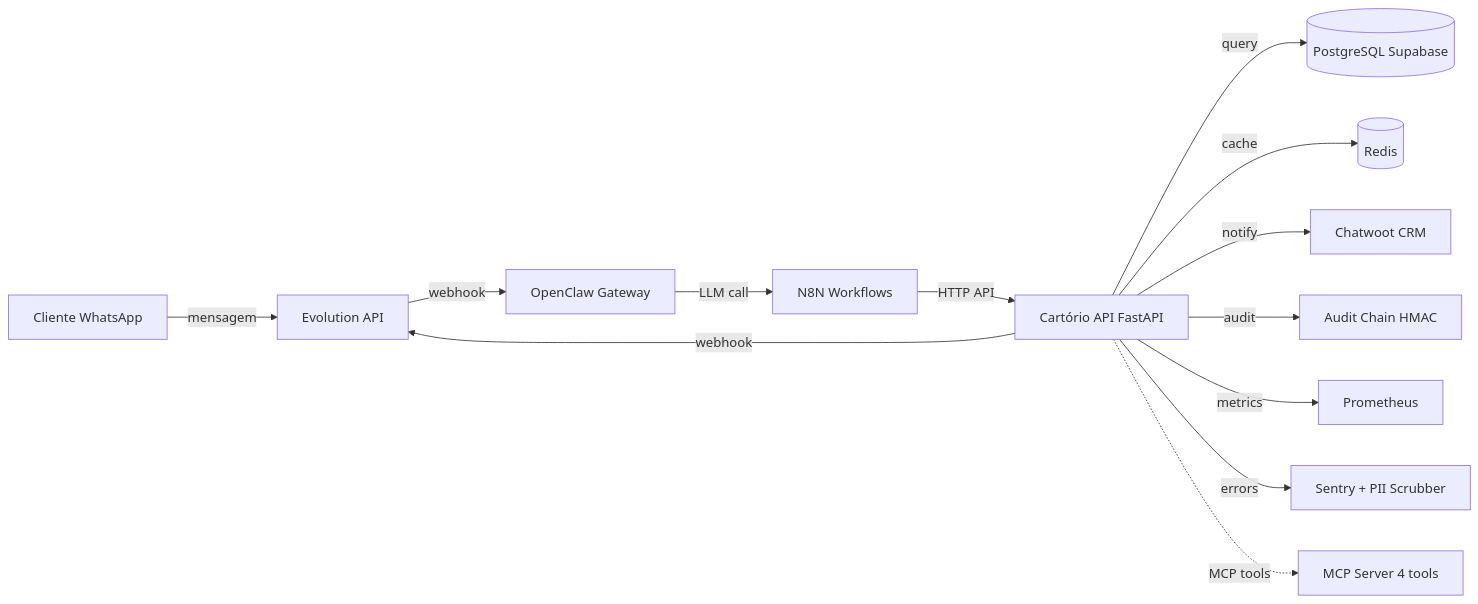
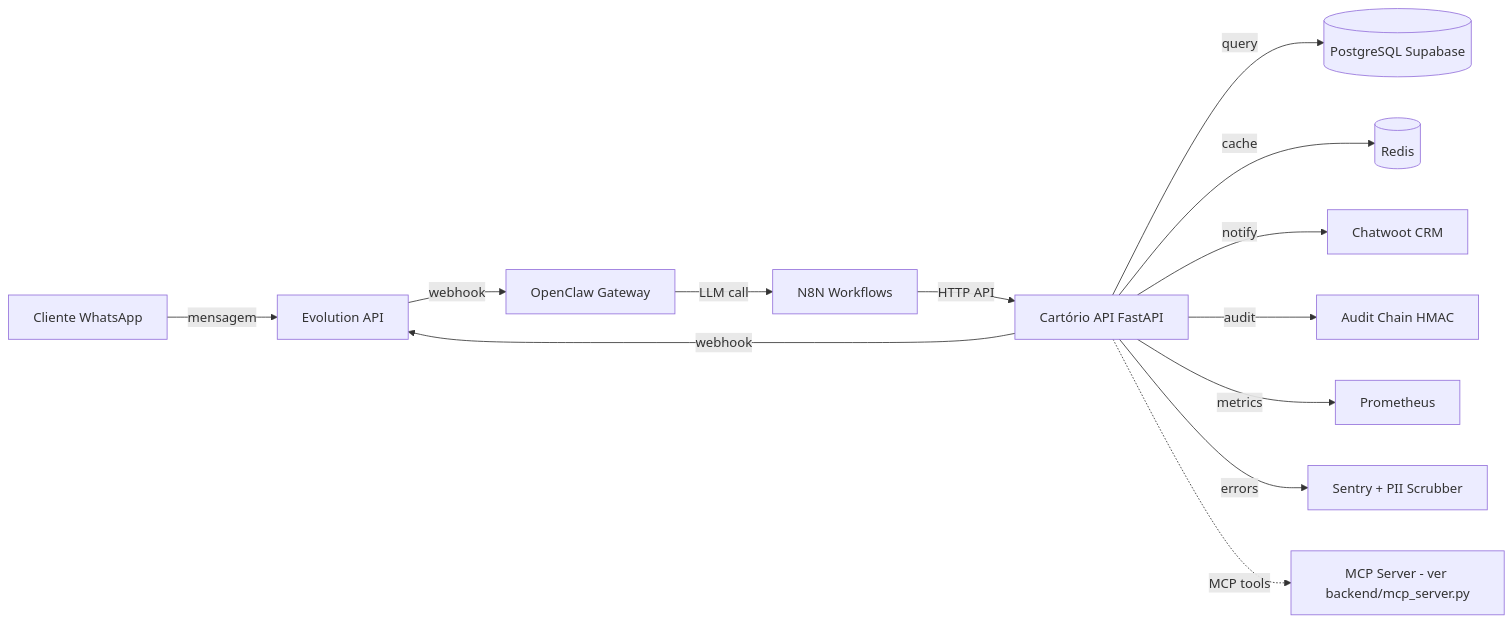
Before and after one commit to gustavofullstack/Cartorio: the diagram in README.md, drawn with Mermaid. The commit also changed other lines of this file and 2 other files, not shown here.

Commit message:
docs: standardize MCP tool inventory references and update squad/memory documentation in CLAUDE.md and README.md

````diff
--- a/README.md
+++ b/README.md
@@ -59,15 +61,15 @@
 ```mermaid
 flowchart LR
     Cliente[Cliente WhatsApp] -->|mensagem| Evo[Evolution API]
     Evo -->|webhook| OpenClaw[OpenClaw Gateway]
     OpenClaw -->|LLM call| N8N[N8N Workflows]
     N8N -->|HTTP API| API[Cartório API FastAPI]
     API -->|query| DB[(PostgreSQL Supabase)]
     API -->|cache| Redis[(Redis)]
     API -->|notify| CW[Chatwoot CRM]
     API -->|webhook| Evo
     API -->|audit| Audit[Audit Chain HMAC]
     API -->|metrics| Prom[Prometheus]
     API -->|errors| Sentry[Sentry + PII Scrubber]
-    API -.->|MCP tools| MCP[MCP Server 4 tools]
+    API -.->|MCP tools| MCP[MCP Server - ver backend/mcp_server.py]
 ```
````
